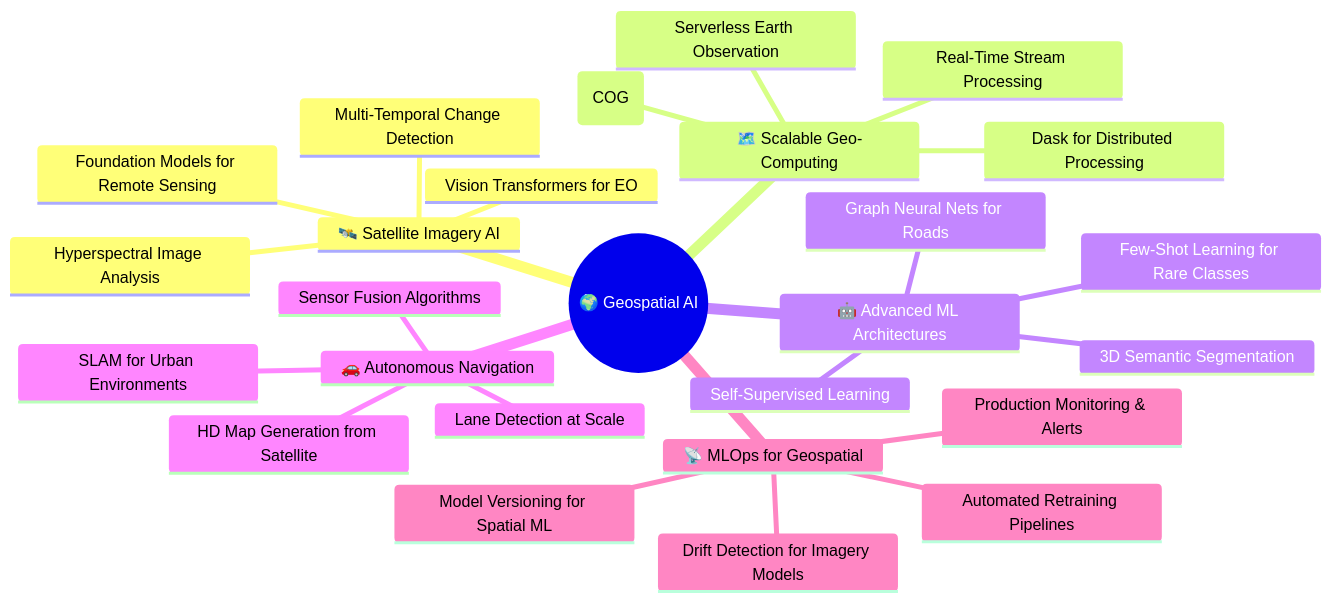
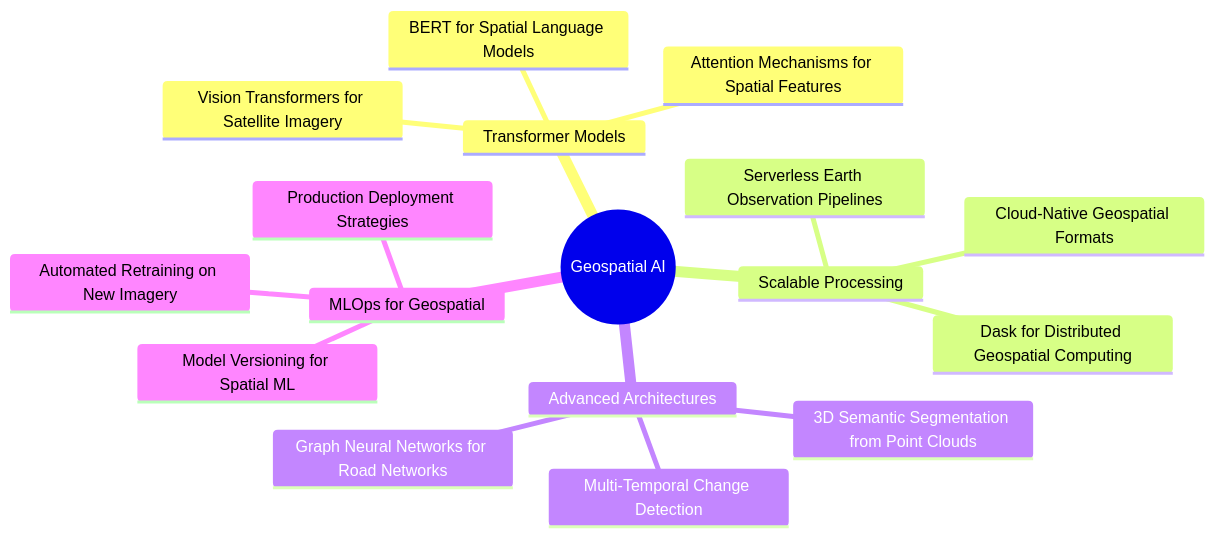
The diagram in README.md (SairamJammu/SairamJammu), drawn with Mermaid before and after one commit. The commit also changed other lines of this file, not shown here.

````diff
--- a/README.md
+++ b/README.md
@@ -389,29 +220,20 @@
 ```mermaid
 mindmap
-  root((🌍 Geospatial AI))
-    🛰️ Satellite Imagery AI
-      Vision Transformers for EO
-      Foundation Models for Remote Sensing
+  root((Geospatial AI))
+    Transformer Models
+      Vision Transformers for Satellite Imagery
+      Attention Mechanisms for Spatial Features
+      BERT for Spatial Language Models
+    Scalable Processing
+      Dask for Distributed Geospatial Computing
+      Cloud-Native Geospatial Formats
+      Serverless Earth Observation Pipelines
+    Advanced Architectures
+      Graph Neural Networks for Road Networks
+      3D Semantic Segmentation from Point Clouds
       Multi-Temporal Change Detection
-      Hyperspectral Image Analysis
-    🗺️ Scalable Geo-Computing
-      Dask for Distributed Processing
-      Cloud-Native Geospatial (COG)
-      Serverless Earth Observation
-      Real-Time Stream Processing
-    🤖 Advanced ML Architectures
-      Graph Neural Nets for Roads
-      3D Semantic Segmentation
-      Self-Supervised Learning
-      Few-Shot Learning for Rare Classes
-    🚗 Autonomous Navigation
-      HD Map Generation from Satellite
-      Lane Detection at Scale
-      SLAM for Urban Environments
-      Sensor Fusion Algorithms
-    📡 MLOps for Geospatial
+    MLOps for Geospatial
       Model Versioning for Spatial ML
-      Automated Retraining Pipelines
-      Drift Detection for Imagery Models
-      Production Monitoring & Alerts
+      Automated Retraining on New Imagery
+      Production Deployment Strategies
 ```
````
